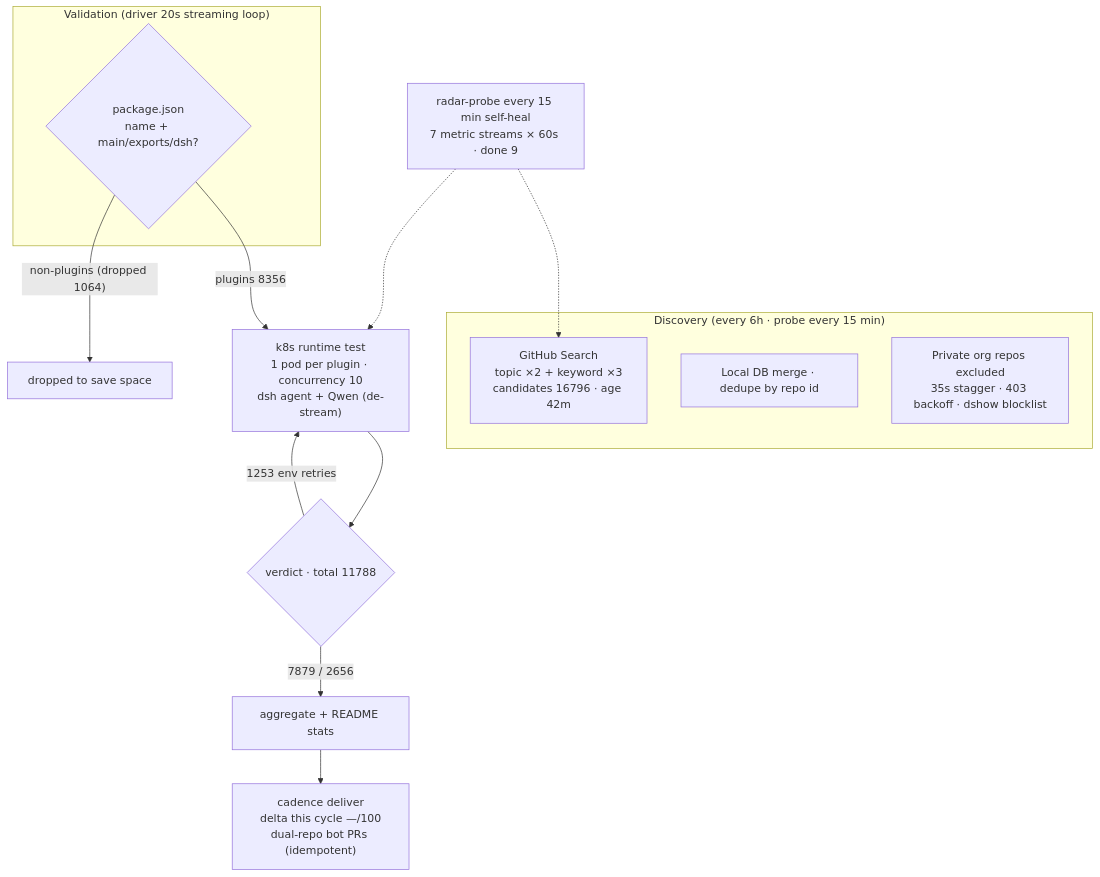
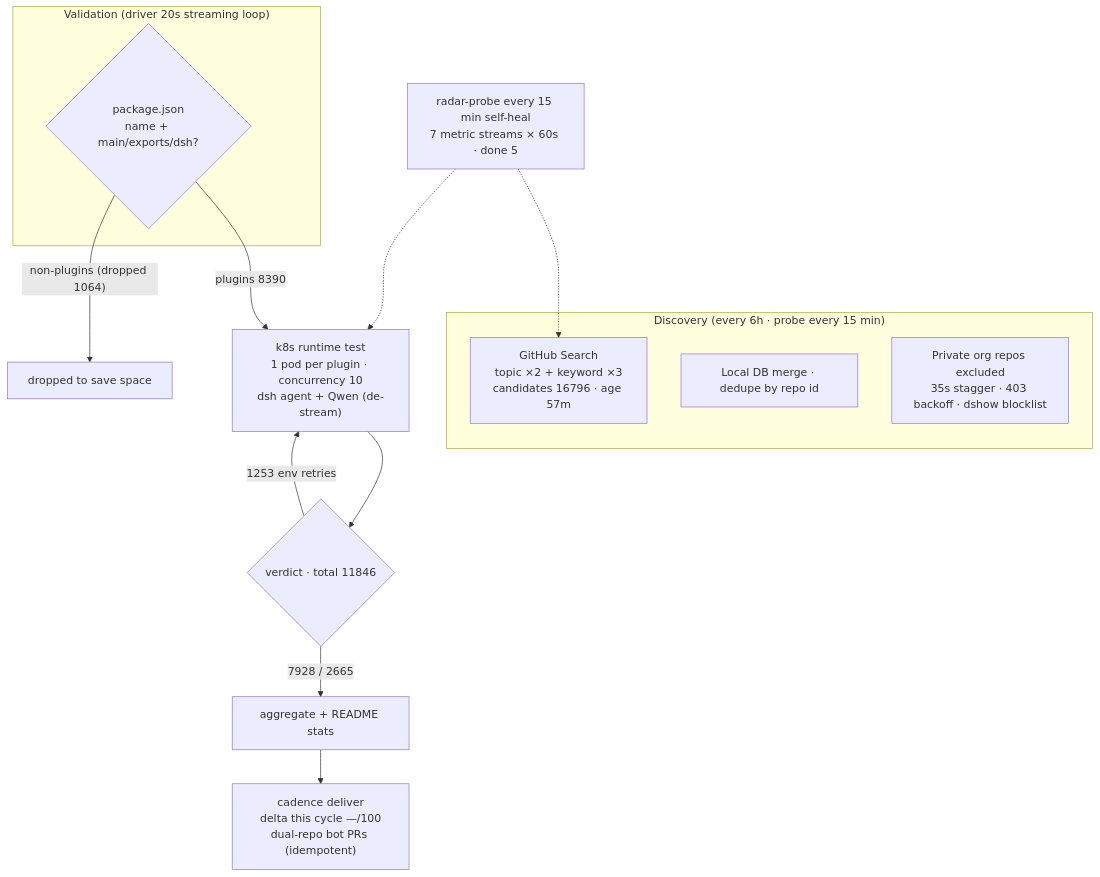
One commit to AdamPlatin123/awesome-dsh-plugins changed the diagram in README.en-US.md. Above: the diagram before and after it, drawn with Mermaid. The commit also changed other lines of this file and 5 other files, not shown here.

````diff
--- a/README.en-US.md
+++ b/README.en-US.md
@@ -45,20 +45,20 @@
 ```mermaid
 flowchart TB
     subgraph Discovery["Discovery (every 6h · probe every 15 min)"]
-        A1["GitHub Search<br/>topic ×2 + keyword ×3<br/>candidates 16796 · age 42m"]
+        A1["GitHub Search<br/>topic ×2 + keyword ×3<br/>candidates 16796 · age 57m"]
         A2["Local DB merge · dedupe by repo id"]
         A3["Private org repos excluded<br/>35s stagger · 403 backoff · dshow blocklist"]
     end
     subgraph Validation["Validation (driver 20s streaming loop)"]
         B1{"package.json<br/>name + main/exports/dsh?"}
     end
-    B1 -->|"plugins 8356"| C1["k8s runtime test<br/>1 pod per plugin · concurrency 10<br/>dsh agent + Qwen (de-stream)"]
+    B1 -->|"plugins 8390"| C1["k8s runtime test<br/>1 pod per plugin · concurrency 10<br/>dsh agent + Qwen (de-stream)"]
     B1 -->|"non-plugins (dropped 1064)"| B3["dropped to save space"]
-    C1 --> D1{"verdict · total 11788"}
-    D1 -->|"7879 / 2656"| E1["aggregate + README stats"]
+    C1 --> D1{"verdict · total 11846"}
+    D1 -->|"7928 / 2665"| E1["aggregate + README stats"]
     D1 -->|"1253 env retries"| C1
     E1 --> E2["cadence deliver<br/>delta this cycle —/100<br/>dual-repo bot PRs (idempotent)"]
-    M["radar-probe every 15 min self-heal<br/>7 metric streams × 60s · done 9"]
+    M["radar-probe every 15 min self-heal<br/>7 metric streams × 60s · done 5"]
     M -.-> A1
     M -.-> C1
 ```
````
